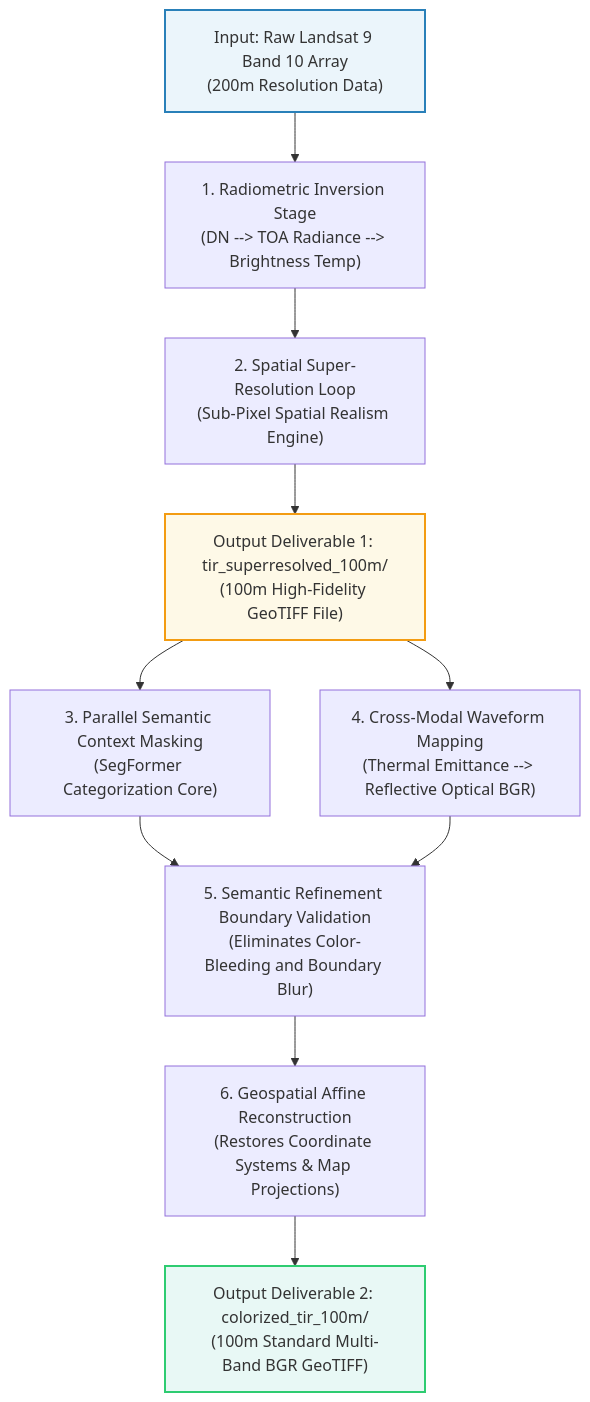
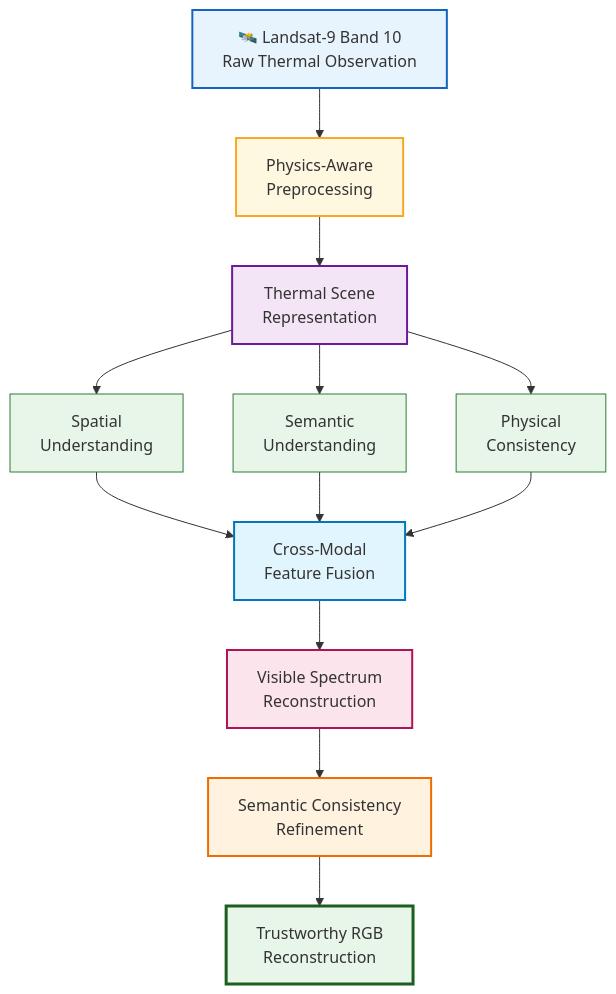
Before and after one commit to KavyaSharma1806/IR-image-colorization: the first of 2 diagrams in PPT-diagrams/diagrams.md, drawn with Mermaid. The commit also changed other lines of this file and 1 other file, not shown here.

Commit message:
Revise overview and diagrams for SMART-VIS framework, enhancing clarity on thermal-to-visible reconstruction principles and addressing limitations of existing approaches.

````diff
--- a/PPT-diagrams/diagrams.md
+++ b/PPT-diagrams/diagrams.md
@@ -42,20 +89,49 @@
 ```mermaid
-graph TD
-    In["Input: Raw Landsat 9 Band 10 Array<br/>(200m Resolution Data)"] --> Prep["1. Radiometric Inversion Stage<br/>(DN --> TOA Radiance --> Brightness Temp)"]
-    Prep --> SR["2. Spatial Super-Resolution Loop<br/>(Sub-Pixel Spatial Realism Engine)"]
+flowchart TB
 
-    SR --> Out1["Output Deliverable 1: tir_superresolved_100m/<br/>(100m High-Fidelity GeoTIFF File)"]
+    A["🛰️ Landsat-9 Band 10<br/>Raw Thermal Observation"]
 
-    Out1 --> SemBranch["3. Parallel Semantic Context Masking<br/>(SegFormer Categorization Core)"]
-    Out1 --> ReconBranch["4. Cross-Modal Waveform Mapping<br/>(Thermal Emittance --> Reflective Optical BGR)"]
+    B["Physics-Aware<br/>Preprocessing"]
 
-    SemBranch --> Intersect["5. Semantic Refinement Boundary Validation<br/>(Eliminates Color-Bleeding and Boundary Blur)"]
-    ReconBranch --> Intersect
+    C["Thermal Scene<br/>Representation"]
 
-    Intersect --> Post["6. Geospatial Affine Reconstruction<br/>(Restores Coordinate Systems & Map Projections)"]
-    Post --> Out2["Output Deliverable 2: colorized_tir_100m/<br/>(100m Standard Multi-Band BGR GeoTIFF)"]
+    D1["Spatial<br/>Understanding"]
+    D2["Semantic<br/>Understanding"]
+    D3["Physical<br/>Consistency"]
 
-    style In fill:#ebf5fb,stroke:#2980b9,stroke-width:2px
-    style Out1 fill:#fef9e7,stroke:#f39c12,stroke-width:2px
-    style Out2 fill:#e8f8f5,stroke:#2ecc71,stroke-width:2px
+    E["Cross-Modal<br/>Feature Fusion"]
+
+    F["Visible Spectrum<br/>Reconstruction"]
+
+    G["Semantic Consistency<br/>Refinement"]
+
+    H["Trustworthy RGB<br/>Reconstruction"]
+
+    A --> B
+    B --> C
+
+    C --> D1
+    C --> D2
+    C --> D3
+
+    D1 --> E
+    D2 --> E
+    D3 --> E
+
+    E --> F
+    F --> G
+    G --> H
+
+    style A fill:#E8F4FD,stroke:#1565C0,stroke-width:2px
+    style B fill:#FFF8E1,stroke:#F9A825,stroke-width:2px
+    style C fill:#F3E5F5,stroke:#6A1B9A,stroke-width:2px
+
+    style D1 fill:#E8F5E9,stroke:#2E7D32
+    style D2 fill:#E8F5E9,stroke:#2E7D32
+    style D3 fill:#E8F5E9,stroke:#2E7D32
+
+    style E fill:#E1F5FE,stroke:#0277BD,stroke-width:2px
+    style F fill:#FCE4EC,stroke:#AD1457,stroke-width:2px
+    style G fill:#FFF3E0,stroke:#EF6C00,stroke-width:2px
+    style H fill:#E8F5E9,stroke:#1B5E20,stroke-width:3px
 ```
````
